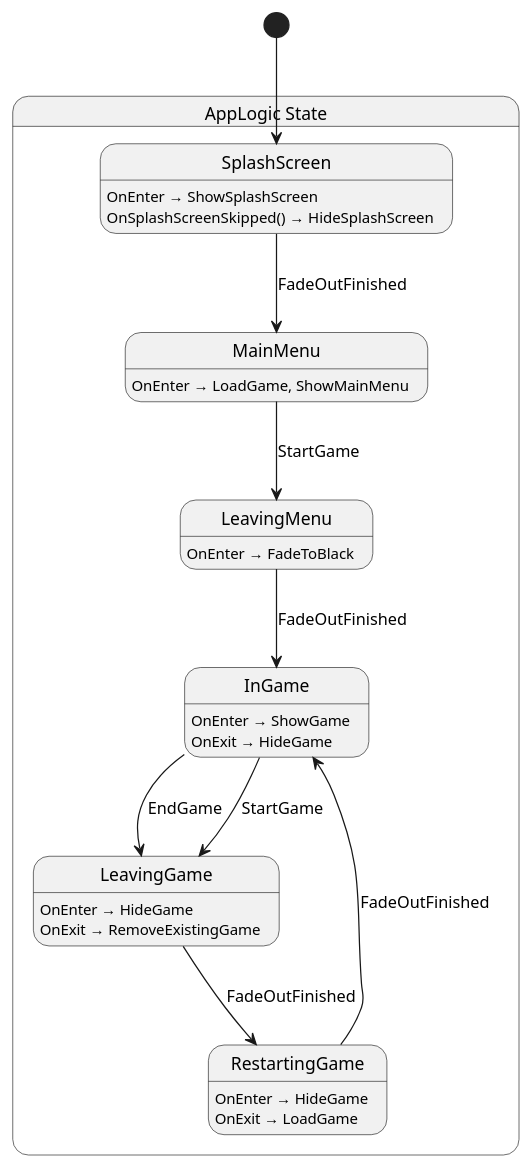
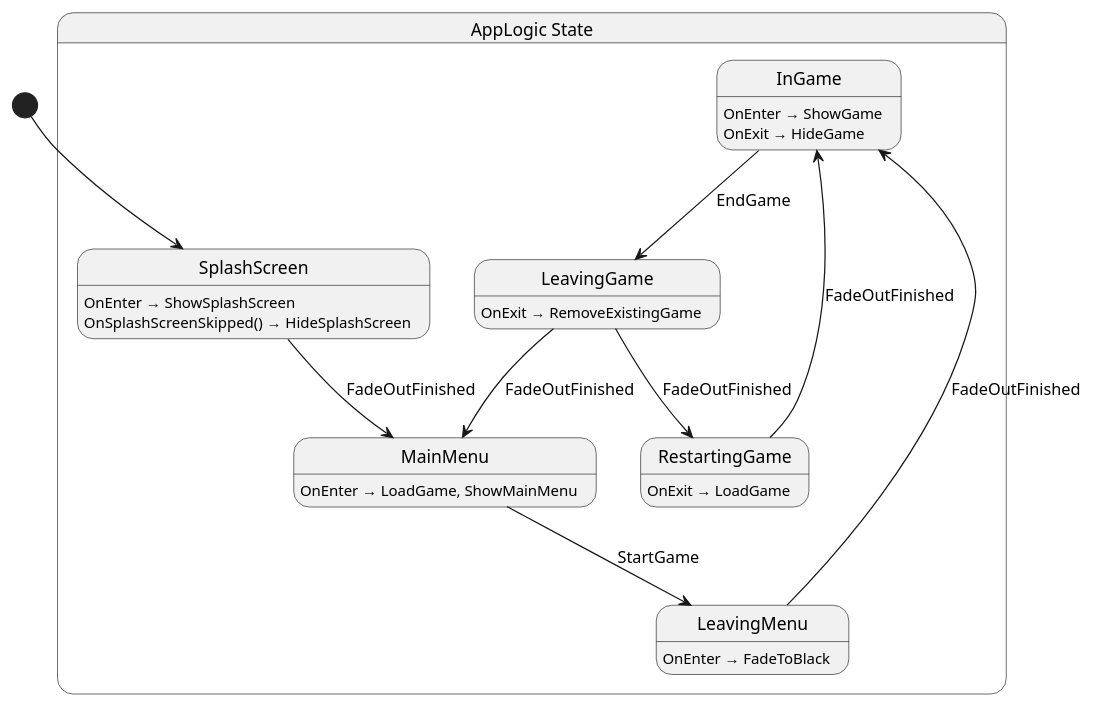
One commit to chickensoft-games/GameDemo changed the diagram in src/app/state/AppLogic.g.puml. Above: the diagram before and after it, drawn with PlantUML. The commit also changed 5 other files, not shown here.

Commit message:
refactor: fix restarting game

```diff
--- a/src/app/state/AppLogic.g.puml
+++ b/src/app/state/AppLogic.g.puml
@@ -1,36 +1,34 @@
 @startuml AppLogic
 state "AppLogic State" as GameDemo_AppLogic_State {
   state "InGame" as GameDemo_AppLogic_State_InGame {
     GameDemo_AppLogic_State_InGame : OnEnter → ShowGame
     GameDemo_AppLogic_State_InGame : OnExit → HideGame
   }
   state "LeavingGame" as GameDemo_AppLogic_State_LeavingGame {
-    GameDemo_AppLogic_State_LeavingGame : OnEnter → HideGame
     GameDemo_AppLogic_State_LeavingGame : OnExit → RemoveExistingGame
   }
   state "LeavingMenu" as GameDemo_AppLogic_State_LeavingMenu {
     GameDemo_AppLogic_State_LeavingMenu : OnEnter → FadeToBlack
   }
   state "MainMenu" as GameDemo_AppLogic_State_MainMenu {
     GameDemo_AppLogic_State_MainMenu : OnEnter → LoadGame, ShowMainMenu
   }
   state "RestartingGame" as GameDemo_AppLogic_State_RestartingGame {
-    GameDemo_AppLogic_State_RestartingGame : OnEnter → HideGame
     GameDemo_AppLogic_State_RestartingGame : OnExit → LoadGame
   }
   state "SplashScreen" as GameDemo_AppLogic_State_SplashScreen {
     GameDemo_AppLogic_State_SplashScreen : OnEnter → ShowSplashScreen
     GameDemo_AppLogic_State_SplashScreen : OnSplashScreenSkipped() → HideSplashScreen
   }
 }
 
 GameDemo_AppLogic_State_InGame --> GameDemo_AppLogic_State_LeavingGame : EndGame
-GameDemo_AppLogic_State_InGame --> GameDemo_AppLogic_State_LeavingGame : StartGame
+GameDemo_AppLogic_State_LeavingGame --> GameDemo_AppLogic_State_MainMenu : FadeOutFinished
 GameDemo_AppLogic_State_LeavingGame --> GameDemo_AppLogic_State_RestartingGame : FadeOutFinished
 GameDemo_AppLogic_State_LeavingMenu --> GameDemo_AppLogic_State_InGame : FadeOutFinished
 GameDemo_AppLogic_State_MainMenu --> GameDemo_AppLogic_State_LeavingMenu : StartGame
 GameDemo_AppLogic_State_RestartingGame --> GameDemo_AppLogic_State_InGame : FadeOutFinished
 GameDemo_AppLogic_State_SplashScreen --> GameDemo_AppLogic_State_MainMenu : FadeOutFinished
 
 [*] --> GameDemo_AppLogic_State_SplashScreen
 @enduml
```
